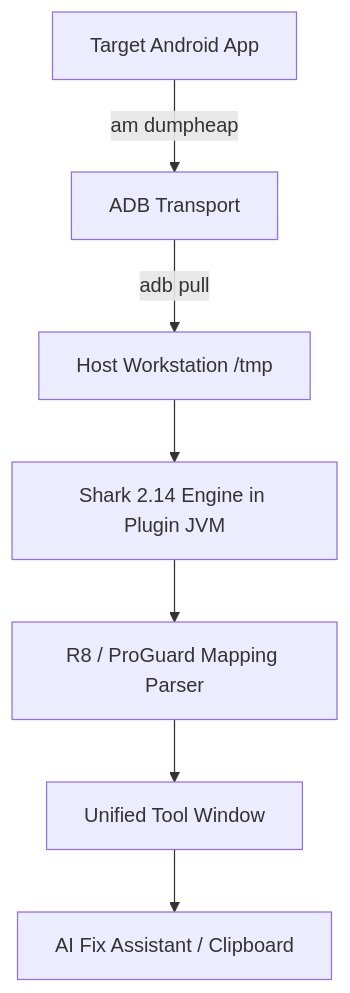
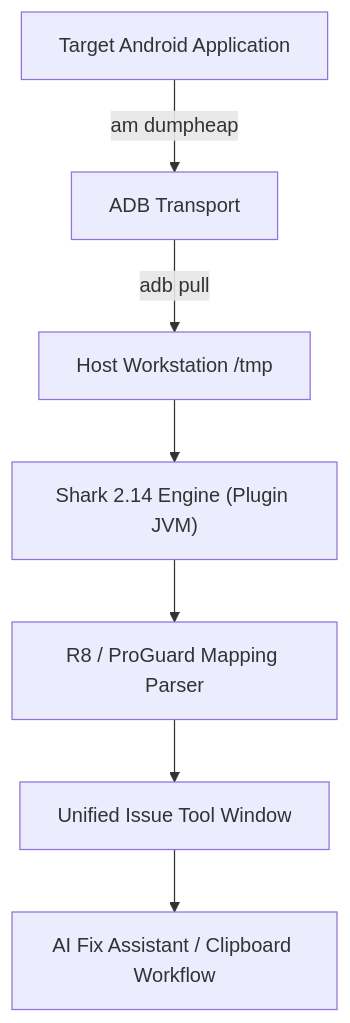
The second of 2 diagrams in README.md (dev-vikas-soni/leak-lens), drawn with Mermaid before and after one commit. The commit also changed other lines of this file and 6 other files, not shown here.

````diff
--- a/README.md
+++ b/README.md
@@ -50,9 +51,9 @@
 ```mermaid
 graph TD
-    App[Target Android App] -->|am dumpheap| ADB[ADB Transport]
-    ADB -->|adb pull| Host[Host Workstation /tmp]
-    Host --> SharkEngine[Shark 2.14 Engine in Plugin JVM]
-    SharkEngine --> Deobfuscator[R8 / ProGuard Mapping Parser]
-    Deobfuscator --> Dashboard[Unified Tool Window]
-    Dashboard --> AI[AI Fix Assistant / Clipboard]
+    App["Target Android Application"] -->|am dumpheap| ADB["ADB Transport"]
+    ADB -->|adb pull| Host["Host Workstation /tmp"]
+    Host --> SharkEngine["Shark 2.14 Engine (Plugin JVM)"]
+    SharkEngine --> Deobfuscator["R8 / ProGuard Mapping Parser"]
+    Deobfuscator --> Dashboard["Unified Issue Tool Window"]
+    Dashboard --> AI["AI Fix Assistant / Clipboard Workflow"]
 ```
````
